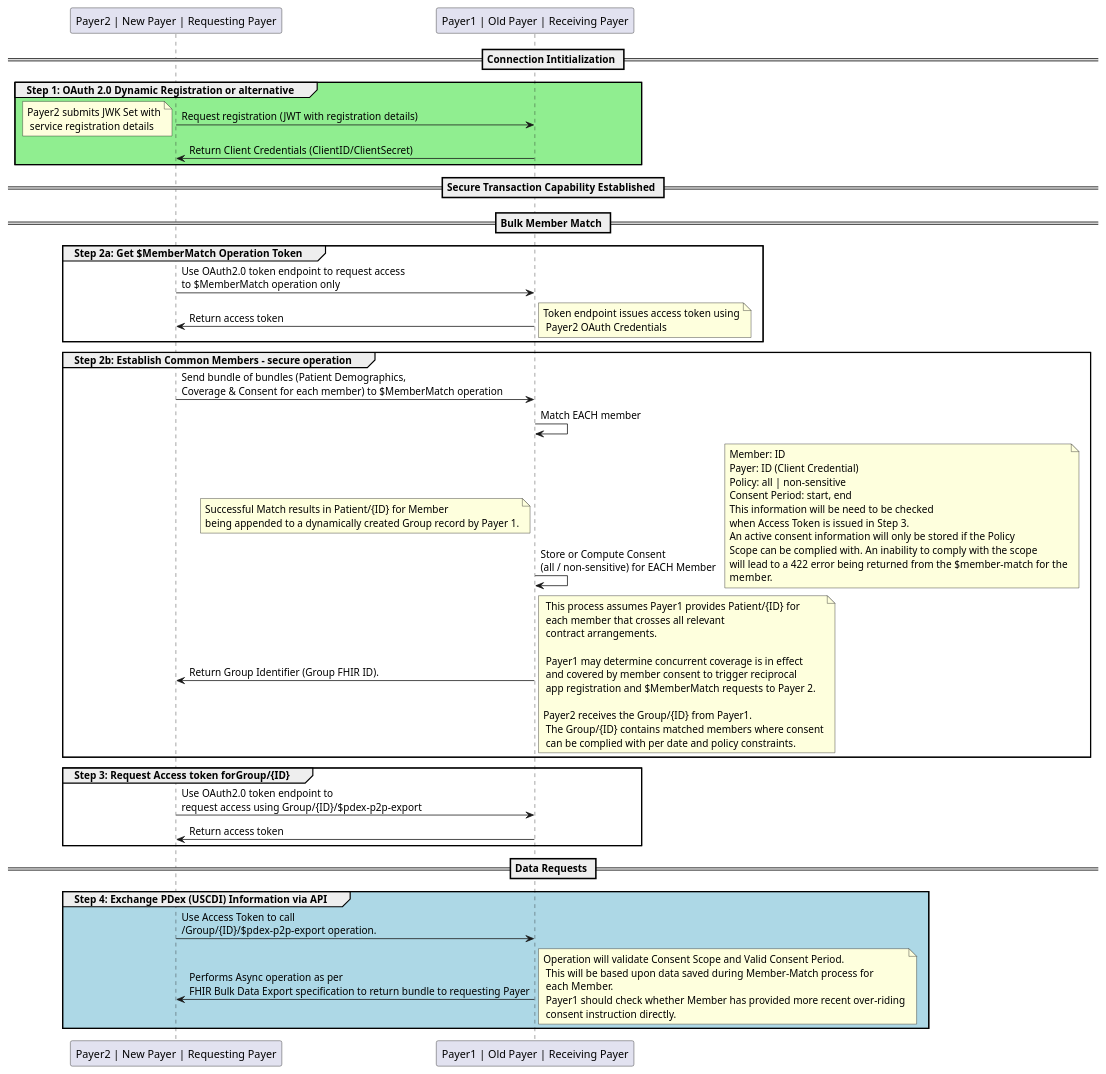
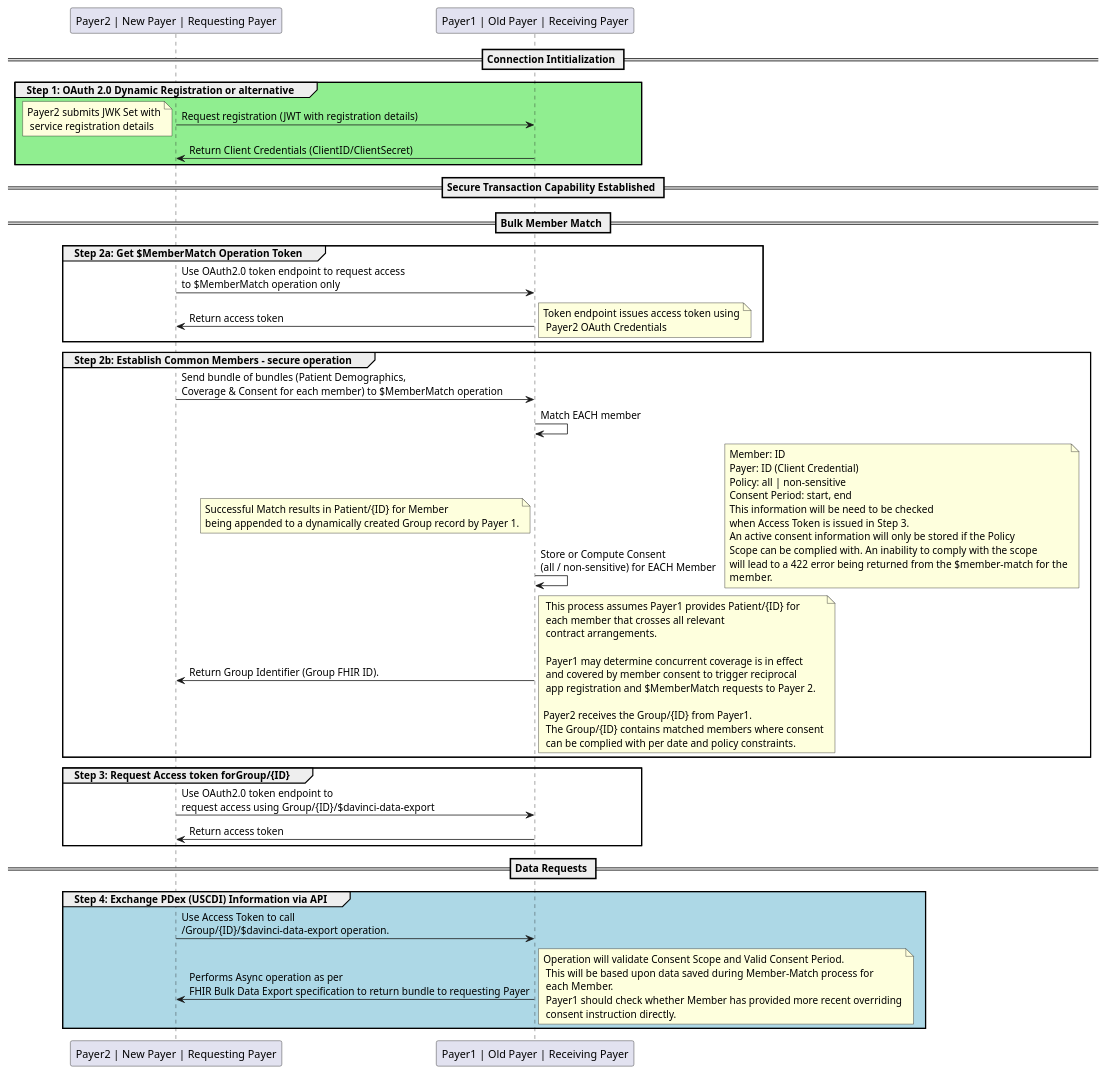
Before and after one commit to HL7/davinci-epdx: the diagram in input/images-source/bulk-p2p-exchange.plantuml, drawn with PlantUML. The commit also changed 9 other files, not shown here.

Commit message:
[#2] Add new capability statements and data payload section for Proider Access and Payer-to-Payer Bulk APIs

```diff
--- a/input/images-source/bulk-p2p-exchange.plantuml
+++ b/input/images-source/bulk-p2p-exchange.plantuml
@@ -1,78 +1,78 @@
 @startuml
 skinparam svgDimensionStyle false
 participant "Payer2 | New Payer | Requesting Payer" as Payer2
 participant "Payer1 | Old Payer | Receiving Payer" as Payer1
 == Connection Intitialization ==
 group #lightGreen Step 1: OAuth 2.0 Dynamic Registration or alternative
 	Payer2 -> Payer1 : Request registration (JWT with registration details)
 	note left
   	Payer2 submits JWK Set with
     service registration details
   endnote
   Payer1 -> Payer2 : Return Client Credentials (ClientID/ClientSecret)
 
 end
 == Secure Transaction Capability Established ==
 
 == Bulk Member Match ==
 group Step 2a: Get $MemberMatch Operation Token
 	Payer2 -> Payer1 : Use OAuth2.0 token endpoint to request access \nto $MemberMatch operation only
   Payer1 -> Payer2 : Return access token
   note right
   	Token endpoint issues access token using
     Payer2 OAuth Credentials
   endnote
 end
 group Step 2b: Establish Common Members - secure operation
 	Payer2 -> Payer1 : Send bundle of bundles (Patient Demographics, \nCoverage & Consent for each member) to $MemberMatch operation
 	Payer1 -> Payer1 : Match EACH member
   Payer1 -> Payer1 : Store or Compute Consent \n(all / non-sensitive) for EACH Member
   note right
   Member: ID
   Payer: ID (Client Credential)
   Policy: all | non-sensitive
   Consent Period: start, end
   This information will be need to be checked
   when Access Token is issued in Step 3.
   An active consent information will only be stored if the Policy
   Scope can be complied with. An inability to comply with the scope
   will lead to a 422 error being returned from the $member-match for the
   member.
   endnote
   note left
   Successful Match results in Patient/{ID} for Member
   being appended to a dynamically created Group record by Payer 1.
   endnote
 	Payer1 -> Payer2 : Return Group Identifier (Group FHIR ID).
   note right
     This process assumes Payer1 provides Patient/{ID} for
     each member that crosses all relevant
     contract arrangements.
 
     Payer1 may determine concurrent coverage is in effect
     and covered by member consent to trigger reciprocal
     app registration and $MemberMatch requests to Payer 2.
 
   	Payer2 receives the Group/{ID} from Payer1.
     The Group/{ID} contains matched members where consent
     can be complied with per date and policy constraints.
   endnote
 end
 
 group Step 3: Request Access token forGroup/{ID}
-	Payer2 -> Payer1 : Use OAuth2.0 token endpoint to \nrequest access using Group/{ID}/$pdex-p2p-export
+	Payer2 -> Payer1 : Use OAuth2.0 token endpoint to \nrequest access using Group/{ID}/$davinci-data-export
   Payer1 -> Payer2 : Return access token
 end
 == Data Requests ==
 group #LightBlue Step 4: Exchange PDex (USCDI) Information via API
-  Payer2 -> Payer1 : Use Access Token to call \n/Group/{ID}/$pdex-p2p-export operation.
+  Payer2 -> Payer1 : Use Access Token to call \n/Group/{ID}/$davinci-data-export operation.
 	Payer1 -> Payer2 : Performs Async operation as per \nFHIR Bulk Data Export specification to return bundle to requesting Payer
   note right
   	Operation will validate Consent Scope and Valid Consent Period.
     This will be based upon data saved during Member-Match process for
     each Member.
-    Payer1 should check whether Member has provided more recent over-riding
+    Payer1 should check whether Member has provided more recent overriding
     consent instruction directly.
   endnote
 end
 @enduml
```
